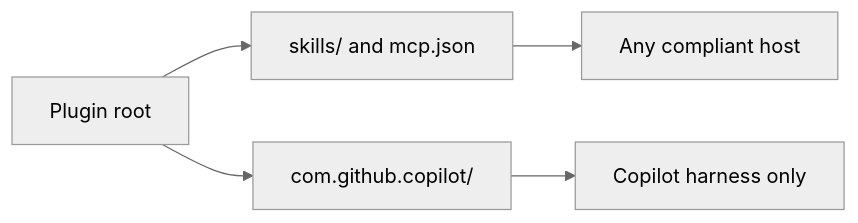
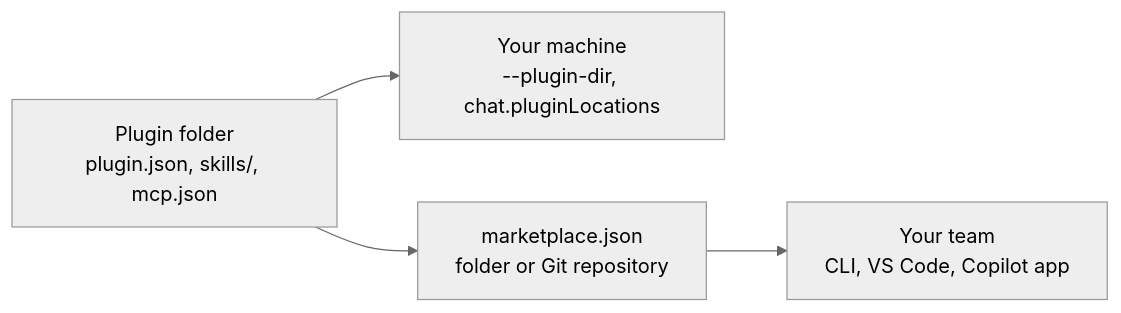
One commit to alexander-kastil/agentic-sw-engineering changed the diagram in demos/02-agentic-harness/06-plugins/readme.md. Above: the diagram before and after it, drawn with Mermaid (neutral theme). The commit also changed other lines of this file and 271 other files, not shown here.

````diff
--- a/demos/02-agentic-harness/06-plugins/readme.md
+++ b/demos/02-agentic-harness/06-plugins/readme.md
@@ -25,7 +7,6 @@
 ```mermaid
 flowchart LR
-    P["Plugin root"] --> S["skills/ and mcp.json"]
-    P --> N["com.github.copilot/"]
-    S --> H["Any compliant host"]
-    N --> G["Copilot harness only"]
+    A["Plugin folder<br/>plugin.json, skills/, mcp.json"] --> D["Your machine<br/>--plugin-dir, chat.pluginLocations"]
+    A --> M["marketplace.json<br/>folder or Git repository"]
+    M --> T["Your team<br/>CLI, VS Code, Copilot app"]
 ```
````
